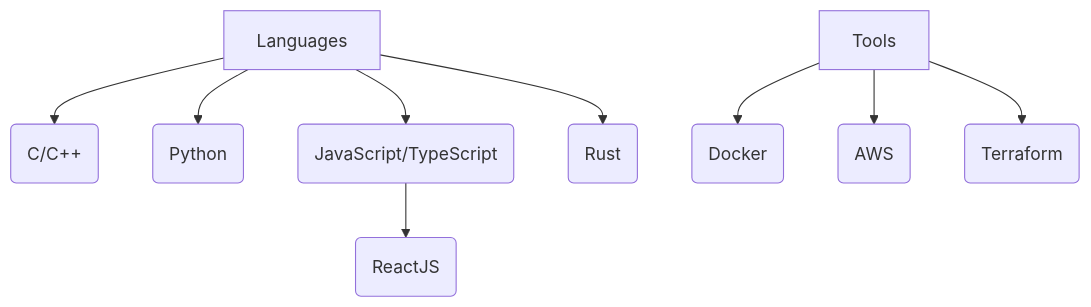
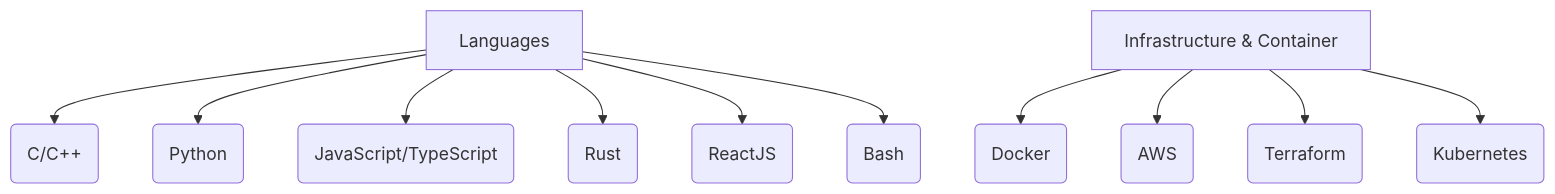
One commit to TomSgn/TomSgn changed the diagram in README.md. Above: the diagram before and after it, drawn with Mermaid. The commit also changed other lines of this file, not shown here.

````diff
--- a/README.md
+++ b/README.md
@@ -47,11 +48,13 @@
 ```mermaid
 graph TD;
     A[Languages] --> B(C/C++);
     A --> C(Python);
     A --> D(JavaScript/TypeScript);
     A --> E(Rust);
-    D --> F(ReactJS);
-    G[Tools] --> H(Docker);
-    G --> I(AWS);
-    G --> J(Terraform);
+    A --> F(ReactJS);
+    A --> G(Bash); 
+    H[Infrastructure & Container] --> I(Docker);
+    H --> J(AWS);
+    H --> K(Terraform);
+    H --> L(Kubernetes);
 ```
````
